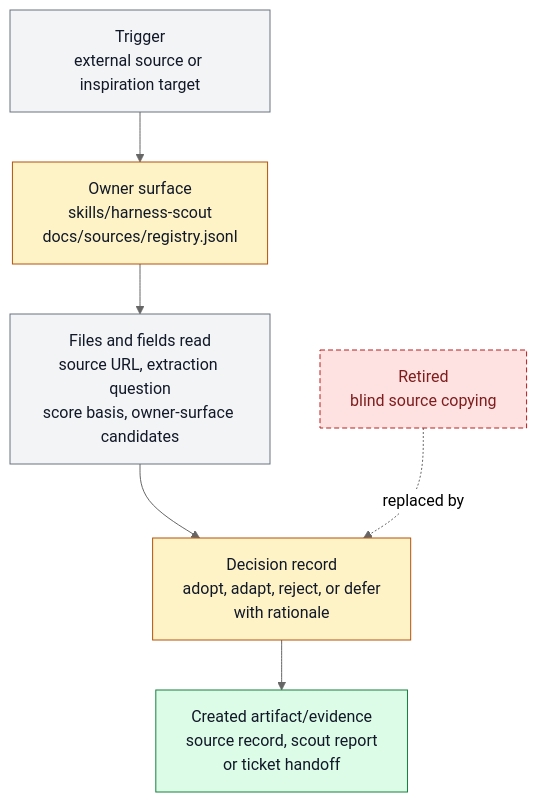
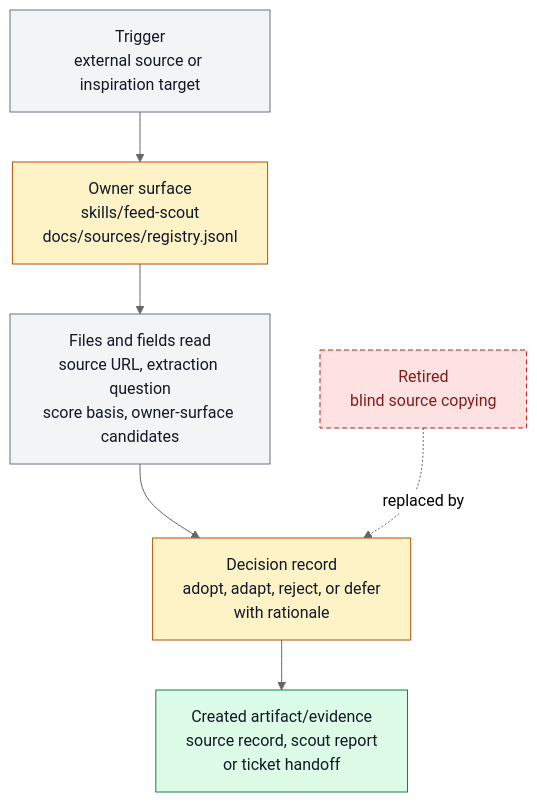
One commit to ZanarkandTechnologies/Farplane changed the diagram in docs/features/FEAT-0011-harness-scout-source-ingestion.md. Above: the diagram before and after it, drawn with Mermaid (neutral theme). The commit also changed other lines of this file and 647 other files, not shown here.

````diff
--- a/docs/features/FEAT-0011-harness-scout-source-ingestion.md
+++ b/docs/features/FEAT-0011-harness-scout-source-ingestion.md
@@ -93,17 +93,17 @@
 ```mermaid
 flowchart TD
   classDef keep fill:#f3f4f6,stroke:#6b7280,color:#111827
   classDef changed fill:#fef3c7,stroke:#b45309,color:#111827
   classDef added fill:#dcfce7,stroke:#15803d,color:#111827
   classDef retired fill:#fee2e2,stroke:#b91c1c,color:#7f1d1d,stroke-dasharray: 5 3
 
   trigger["Trigger<br/>external source or inspiration target"]:::keep
-  owner["Owner surface<br/>skills/harness-scout<br/>docs/sources/registry.jsonl"]:::changed
+  owner["Owner surface<br/>skills/feed-scout<br/>docs/sources/registry.jsonl"]:::changed
   readers["Files and fields read<br/>source URL, extraction question<br/>score basis, owner-surface candidates"]:::keep
   decision["Decision record<br/>adopt, adapt, reject, or defer<br/>with rationale"]:::changed
   artifact["Created artifact/evidence<br/>source record, scout report<br/>or ticket handoff"]:::added
   old["Retired<br/>blind source copying"]:::retired
 
   trigger --> owner --> readers --> decision --> artifact
   old -. replaced by .-> decision
 ```
````
